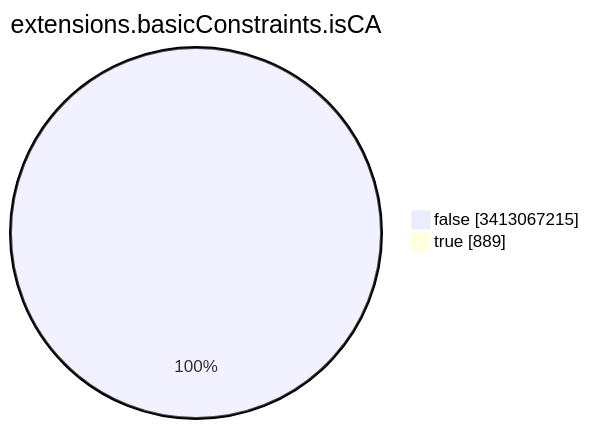
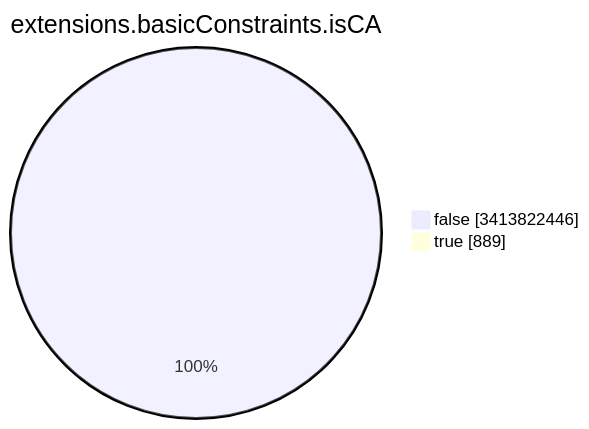
One commit to christiankrug/ctmonitor_visualization changed the seventh of 15 diagrams in TOTAL/README.md. Above: the diagram before and after it, drawn with Mermaid. The commit also changed other lines of this file, not shown here.

````diff
--- a/TOTAL/README.md
+++ b/TOTAL/README.md
@@ -3092,6 +3092,6 @@
 ```mermaid
 pie showData
 title extensions.basicConstraints.isCA
-"false" :3413067215
+"false" :3413822446
 "true" :889
 ```
````
